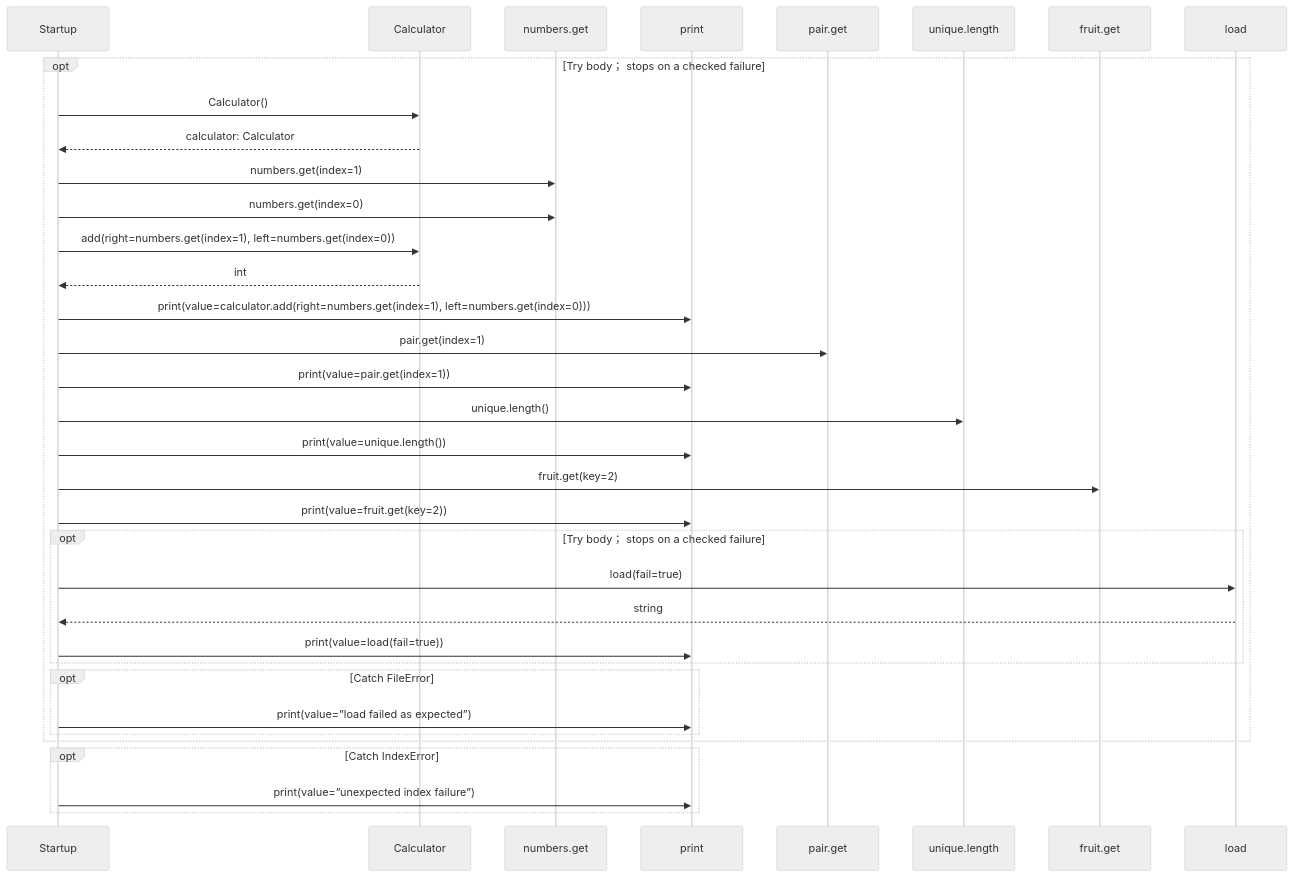
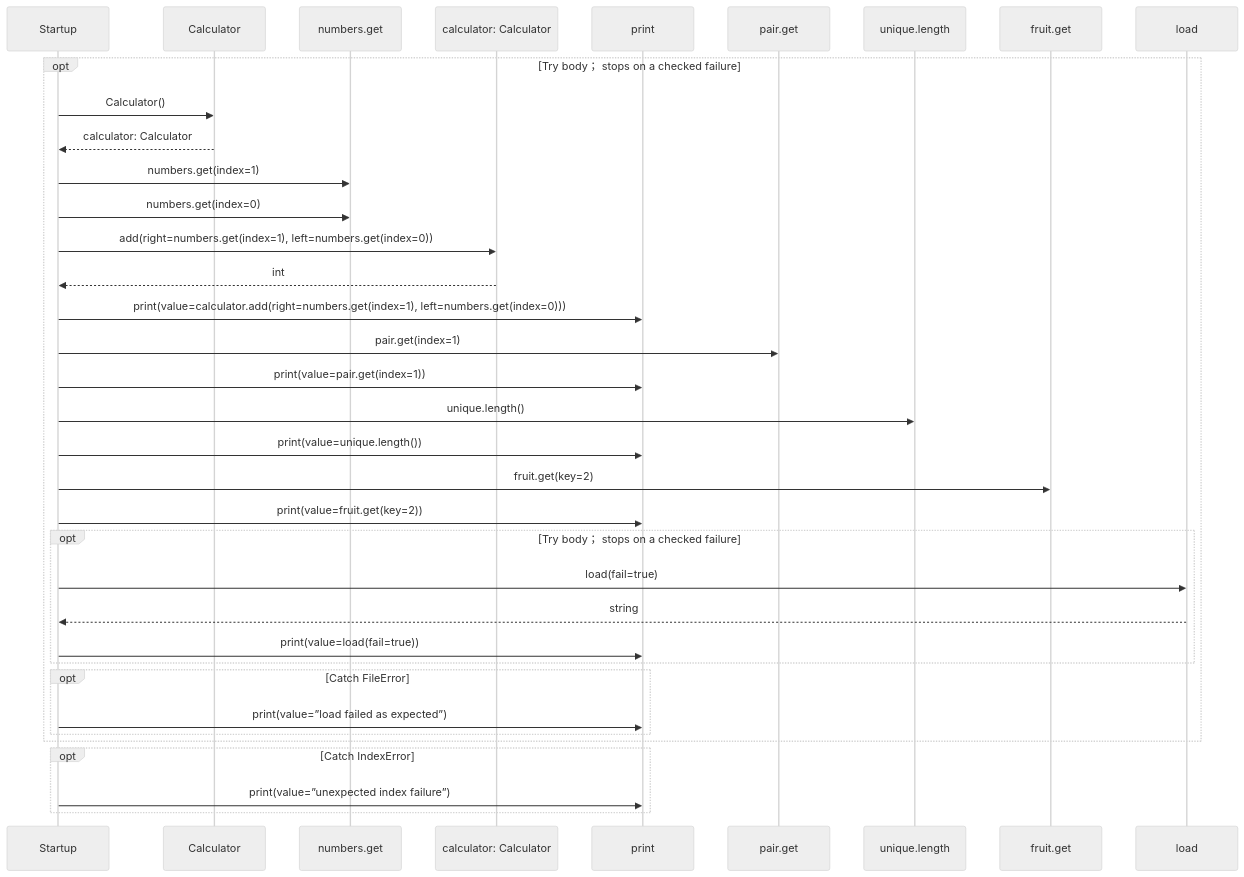
Before and after one commit to GreenPandaStudios/augscript: the third of 3 diagrams in docs/examples/developer-workflow/main-diagrams.md, drawn with Mermaid (neutral theme). The commit also changed 102 other files, not shown here.

Commit message:
Keep named service receivers distinct in sequence data flow

````diff
--- a/docs/examples/developer-workflow/main-diagrams.md
+++ b/docs/examples/developer-workflow/main-diagrams.md
@@ -53,37 +53,38 @@
 ```mermaid
 sequenceDiagram
     participant p0 as Startup
     participant p1 as Calculator
     participant p2 as numbers.get
-    participant p3 as print
-    participant p4 as pair.get
-    participant p5 as unique.length
-    participant p6 as fruit.get
-    participant p7 as load
+    participant p3 as calculator: Calculator
+    participant p4 as print
+    participant p5 as pair.get
+    participant p6 as unique.length
+    participant p7 as fruit.get
+    participant p8 as load
     opt Try body； stops on a checked failure
     p0->>p1: Calculator()
     p1-->>p0: calculator: Calculator
     p0->>p2: numbers.get(index=1)
     p0->>p2: numbers.get(index=0)
-    p0->>p1: add(right=numbers.get(index=1), left=numbers.get(index=0))
-    p1-->>p0: int
-    p0->>p3: print(value=calculator.add(right=numbers.get(index=1), left=numbers.get(index=0)))
-    p0->>p4: pair.get(index=1)
-    p0->>p3: print(value=pair.get(index=1))
-    p0->>p5: unique.length()
-    p0->>p3: print(value=unique.length())
-    p0->>p6: fruit.get(key=2)
-    p0->>p3: print(value=fruit.get(key=2))
+    p0->>p3: add(right=numbers.get(index=1), left=numbers.get(index=0))
+    p3-->>p0: int
+    p0->>p4: print(value=calculator.add(right=numbers.get(index=1), left=numbers.get(index=0)))
+    p0->>p5: pair.get(index=1)
+    p0->>p4: print(value=pair.get(index=1))
+    p0->>p6: unique.length()
+    p0->>p4: print(value=unique.length())
+    p0->>p7: fruit.get(key=2)
+    p0->>p4: print(value=fruit.get(key=2))
     opt Try body； stops on a checked failure
-    p0->>p7: load(fail=true)
-    p7-->>p0: string
-    p0->>p3: print(value=load(fail=true))
+    p0->>p8: load(fail=true)
+    p8-->>p0: string
+    p0->>p4: print(value=load(fail=true))
     end
     opt Catch FileError
-    p0->>p3: print(value=”load failed as expected”)
+    p0->>p4: print(value=”load failed as expected”)
     end
     end
     opt Catch IndexError
-    p0->>p3: print(value=”unexpected index failure”)
+    p0->>p4: print(value=”unexpected index failure”)
     end
 ```
````
